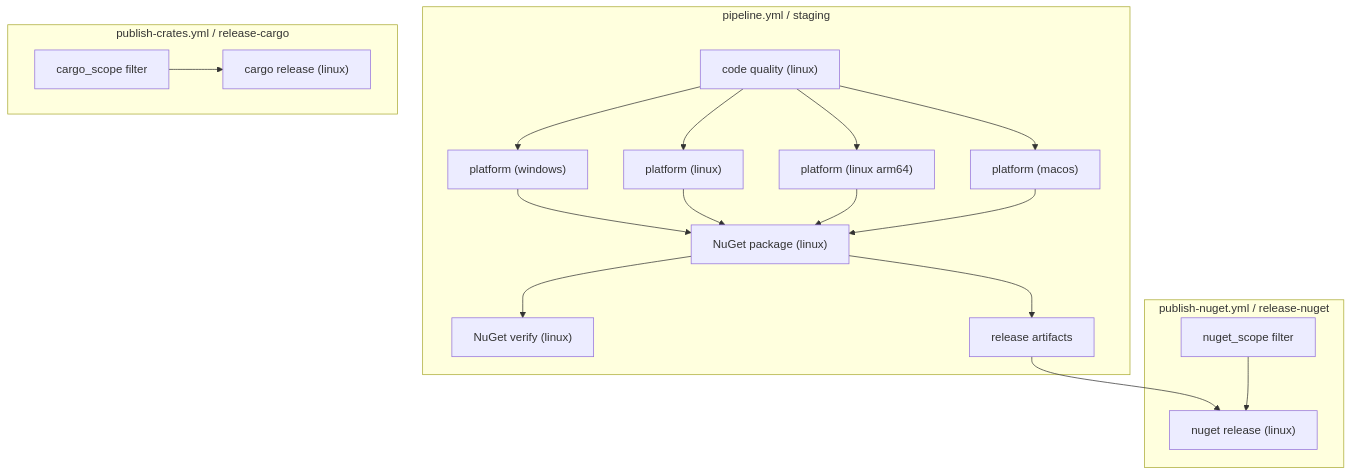
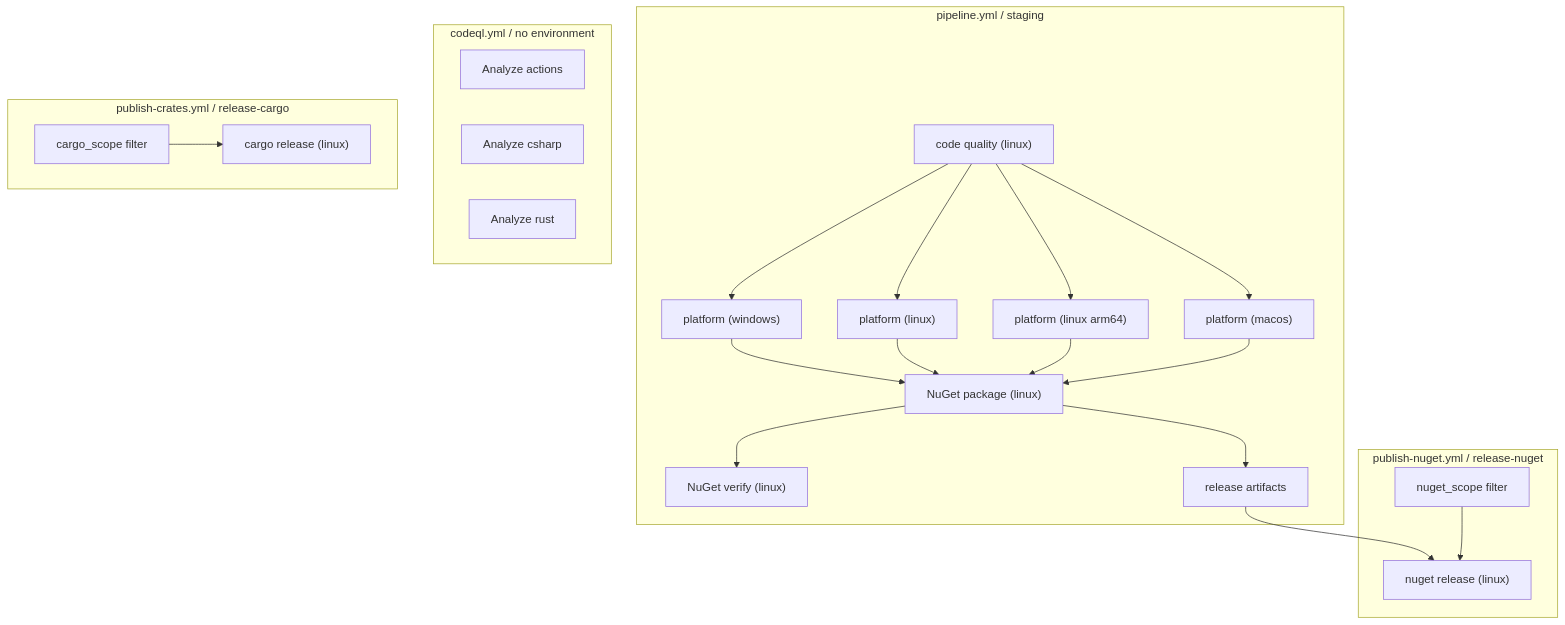
The diagram in docs/ci-cd-pipelines.md (D-Naveenz/dhara_storage), drawn with Mermaid before and after one commit. The commit also changed other lines of this file and 2 other files, not shown here.

````diff
--- a/docs/ci-cd-pipelines.md
+++ b/docs/ci-cd-pipelines.md
@@ -34,29 +35,35 @@
 ```mermaid
 flowchart TB
   subgraph pr ["pipeline.yml / staging"]
     Q["code quality (linux)"]
     PW["platform (windows)"]
     PL["platform (linux)"]
     PLA["platform (linux arm64)"]
     PM["platform (macos)"]
     PACK["NuGet package (linux)"]
     VER["NuGet verify (linux)"]
     Q --> PW & PL & PLA & PM
     PW & PL & PLA & PM --> PACK
     PACK --> VER
     PACK --> ART[release artifacts]
   end
 
+  subgraph sast ["codeql.yml / no environment"]
+    CA["Analyze actions"]
+    CC["Analyze csharp"]
+    CRU["Analyze rust"]
+  end
+
   subgraph cd_cargo ["publish-crates.yml / release-cargo"]
     FC[cargo_scope filter]
     CR["cargo release (linux)"]
     FC --> CR
   end
 
   subgraph cd_nuget ["publish-nuget.yml / release-nuget"]
     FN[nuget_scope filter]
     NU["nuget release (linux)"]
     ART --> NU
     FN --> NU
   end
 ```
````
